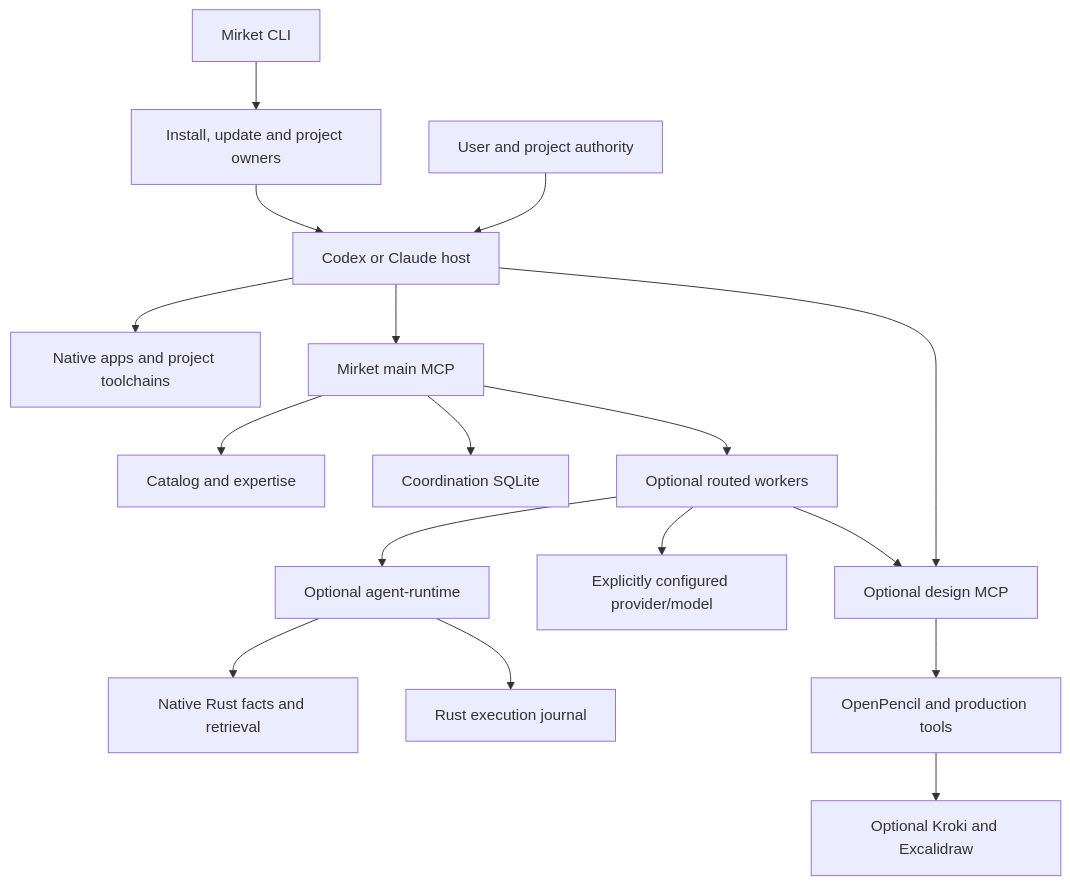
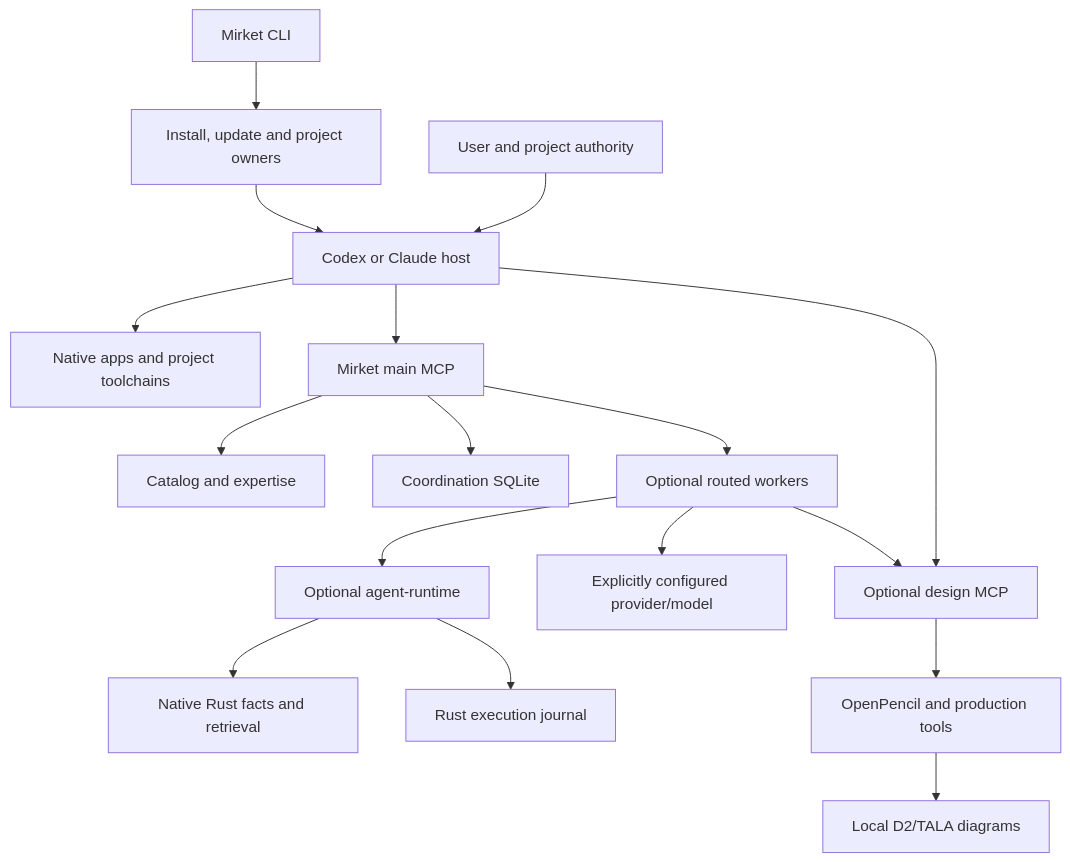
The diagram in docs/harness-map.md (codemirket/harness), drawn with Mermaid before and after one commit. The commit also changed other lines of this file and 53 other files, not shown here.

Commit message:
Remove Kroki and Excalidraw from design runtime

````diff
--- a/docs/harness-map.md
+++ b/docs/harness-map.md
@@ -14,19 +14,19 @@
 ```mermaid
 flowchart TD
     User[User and project authority] --> Host[Codex or Claude host]
     Host --> Native[Native apps and project toolchains]
     Host --> Main[Mirket main MCP]
     Host --> Design[Optional design MCP]
     CLI[Mirket CLI] --> Setup[Install, update and project owners]
     Setup --> Host
     Main --> Catalog[Catalog and expertise]
     Main --> State[Coordination SQLite]
     Main --> Router[Optional routed workers]
     Router --> Model[Explicitly configured provider/model]
     Router --> Design
     Router --> Agent[Optional agent-runtime]
     Agent --> Memory[Native Rust facts and retrieval]
     Agent --> Graph[Rust execution journal]
     Design --> Tools[OpenPencil and production tools]
-    Tools --> Images[Optional Kroki and Excalidraw]
+    Tools --> D2[Local D2/TALA diagrams]
 ```
````
